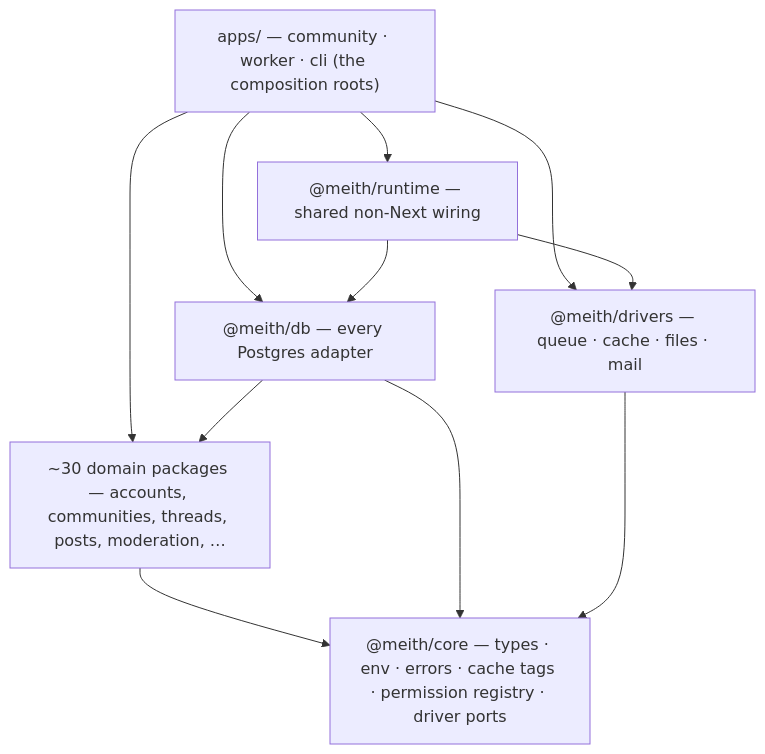
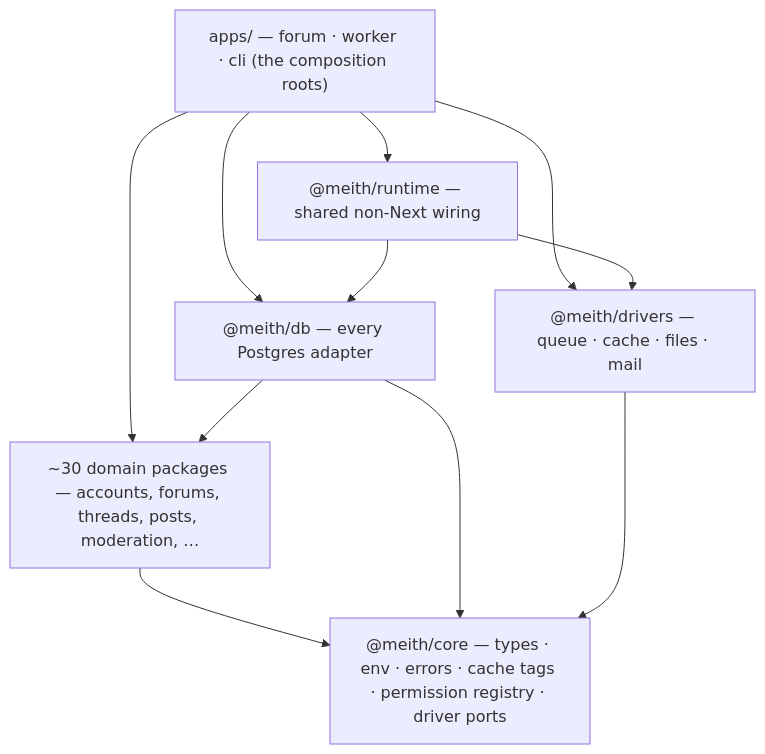
Before and after one commit to meith-dev/meith: the second of 4 diagrams in docs/architecture.md, drawn with Mermaid. The commit also changed other lines of this file and 636 other files, not shown here.

````diff
--- a/docs/architecture.md
+++ b/docs/architecture.md
@@ -67,19 +67,19 @@
 ```mermaid
 flowchart TD
-    apps["apps/ — community · worker · cli (the composition roots)"]
+    apps["apps/ — forum · worker · cli (the composition roots)"]
     runtime["@meith/runtime — shared non-Next wiring"]
     db["@meith/db — every Postgres adapter"]
     drivers["@meith/drivers — queue · cache · files · mail"]
-    domain["~30 domain packages — accounts, communities, threads, posts, moderation, …"]
+    domain["~30 domain packages — accounts, forums, threads, posts, moderation, …"]
     core["@meith/core — types · env · errors · cache tags · permission registry · driver ports"]
     apps --> runtime
     apps --> db
     apps --> drivers
     apps --> domain
     runtime --> db
     runtime --> drivers
     db --> domain
     domain --> core
     db --> core
     drivers --> core
 ```
````
